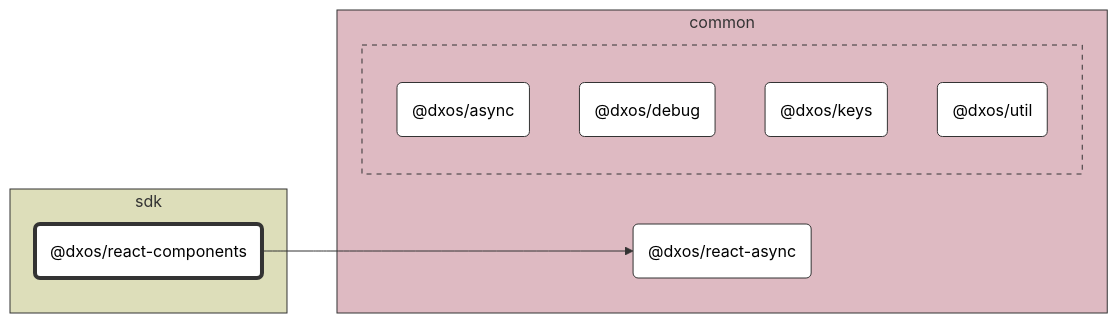
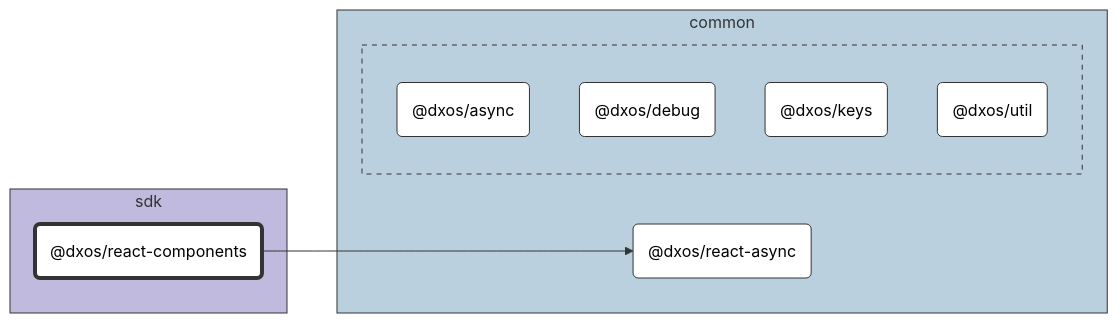
The diagram in packages/sdk/react-components/docs/README.md (dxos/dxos), drawn with Mermaid (neutral theme) before and after one commit. The commit also changed 86 other files, not shown here.

````diff
--- a/packages/sdk/react-components/docs/README.md
+++ b/packages/sdk/react-components/docs/README.md
@@ -7,39 +7,39 @@
 ```mermaid
 %%{ init: {'flowchart':{'curve':'basis'}} }%%
 
 flowchart LR
 
 %% Classes
 classDef def fill:#fff,stroke:#333,stroke-width:1px
 classDef root fill:#fff,stroke:#333,stroke-width:4px
 
 %% Nodes
 
 subgraph sdk [sdk]
-  style sdk fill:#dddeba,stroke:#333
+  style sdk fill:#c0bade,stroke:#333
   dxos/react-components("@dxos/react-components"):::root
   click dxos/react-components "dxos/dxos/tree/main/packages/sdk/react-components/docs"
 end
 
 subgraph common [common]
-  style common fill:#debac2,stroke:#333
+  style common fill:#bad0de,stroke:#333
   dxos/react-async("@dxos/react-async"):::def
   click dxos/react-async "dxos/dxos/tree/main/packages/common/react-async/docs"
 
   subgraph _ [ ]
-    style _ fill:#debac2,stroke:#333,stroke-dasharray:5 5
+    style _ fill:#bad0de,stroke:#333,stroke-dasharray:5 5
     dxos/async("@dxos/async"):::def
     click dxos/async "dxos/dxos/tree/main/packages/common/async/docs"
     dxos/debug("@dxos/debug"):::def
     click dxos/debug "dxos/dxos/tree/main/packages/common/debug/docs"
     dxos/keys("@dxos/keys"):::def
     click dxos/keys "dxos/dxos/tree/main/packages/common/keys/docs"
     dxos/util("@dxos/util"):::def
     click dxos/util "dxos/dxos/tree/main/packages/common/util/docs"
   end
 end
 
 %% Links
 linkStyle default stroke:#333,stroke-width:1px
 dxos/react-components --> dxos/react-async
 ```
````
